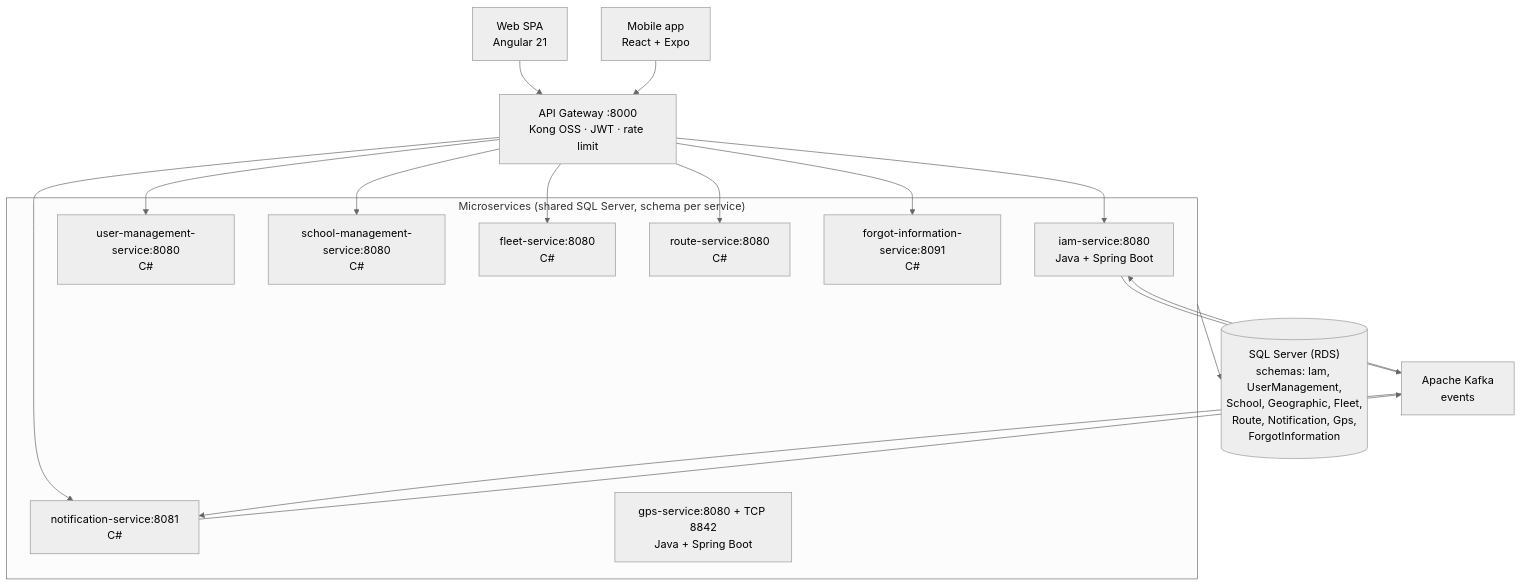
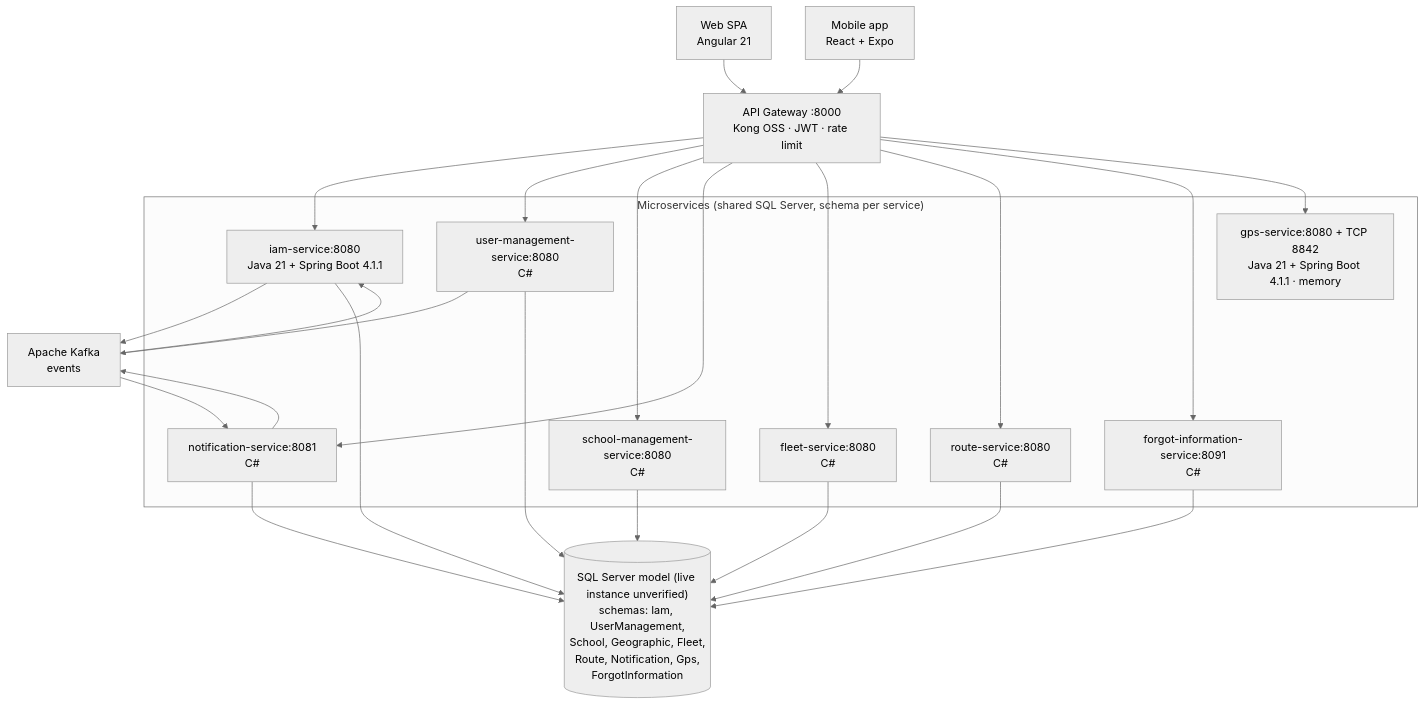
One commit to code-sena/sg-docs changed the second of 2 diagrams in 05-architecture/overview.md. Above: the diagram before and after it, drawn with Mermaid (neutral theme). The commit also changed other lines of this file and 19 other files, not shown here.

First line of the commit message:
docs: correct API contracts and system architecture evidence

````diff
--- a/05-architecture/overview.md
+++ b/05-architecture/overview.md
@@ -72,27 +80,27 @@
 ```mermaid
 flowchart TB
   web["Web SPA<br/>Angular 21"]
   mob["Mobile app<br/>React + Expo"]
   gw["API Gateway :8000<br/>Kong OSS · JWT · rate limit"]
 
   subgraph services["Microservices (shared SQL Server, schema per service)"]
-    iam["iam-service:8080<br/>Java + Spring Boot"]
+    iam["iam-service:8080<br/>Java 21 + Spring Boot 4.1.1"]
     um["user-management-service:8080<br/>C#"]
     sch["school-management-service:8080<br/>C#"]
     notif["notification-service:8081<br/>C#"]
     fleet["fleet-service:8080<br/>C#"]
     rt["route-service:8080<br/>C#"]
-    gps["gps-service:8080 + TCP 8842<br/>Java + Spring Boot"]
+    gps["gps-service:8080 + TCP 8842<br/>Java 21 + Spring Boot 4.1.1 · memory"]
     forgot["forgot-information-service:8091<br/>C#"]
   end
 
   kafka["Apache Kafka<br/>events"]
-  db[("SQL Server (RDS)<br/>schemas: Iam, UserManagement,<br/>School, Geographic, Fleet,<br/>Route, Notification, Gps,<br/>ForgotInformation")]
+  db[("SQL Server model (live instance unverified)<br/>schemas: Iam, UserManagement,<br/>School, Geographic, Fleet,<br/>Route, Notification, Gps,<br/>ForgotInformation")]
 
   web --> gw
   mob --> gw
-  gw --> iam & um & sch & notif & fleet & rt & forgot
-  iam & notif --> kafka
+  gw --> iam & um & sch & notif & fleet & rt & forgot & gps
+  iam & um & notif --> kafka
   kafka --> iam & notif
-  services --> db
+  iam & um & sch & notif & fleet & rt & forgot --> db
 ```
````
